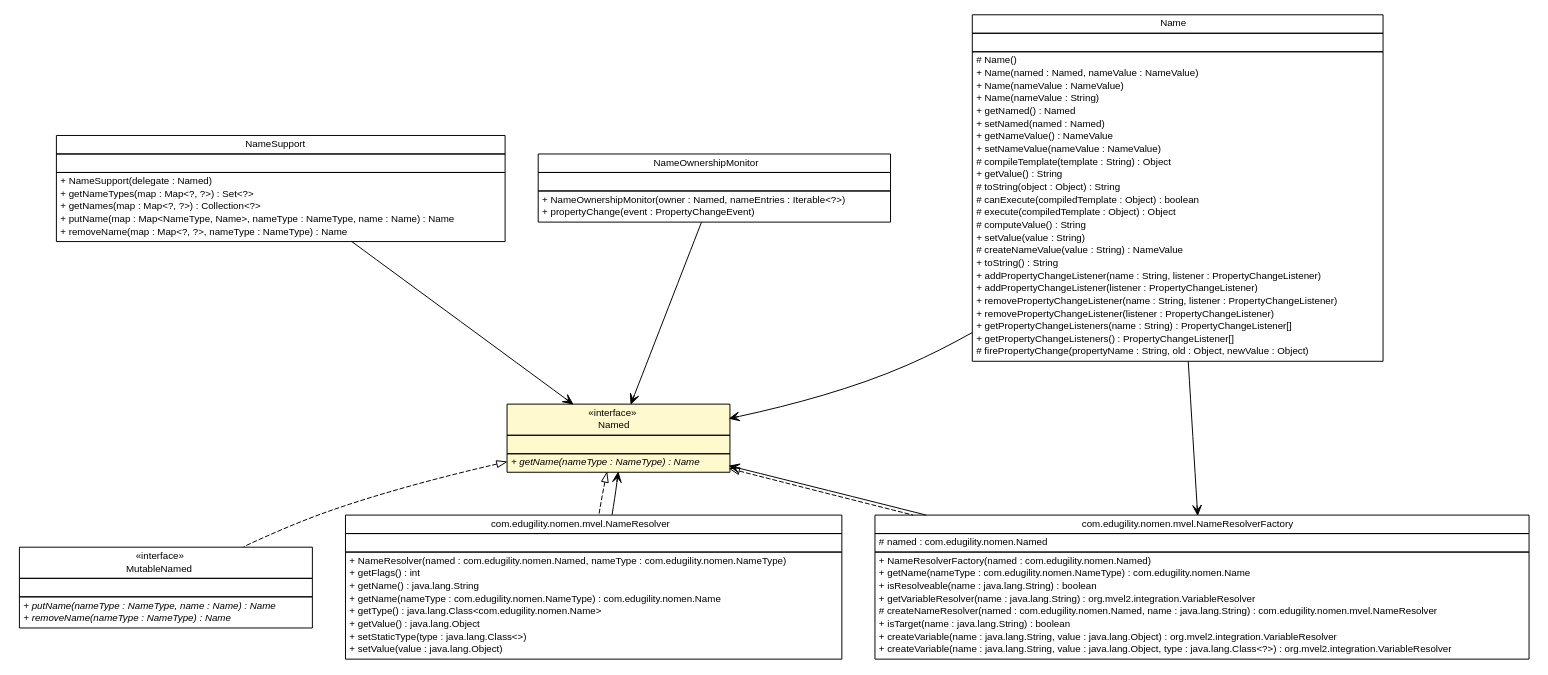
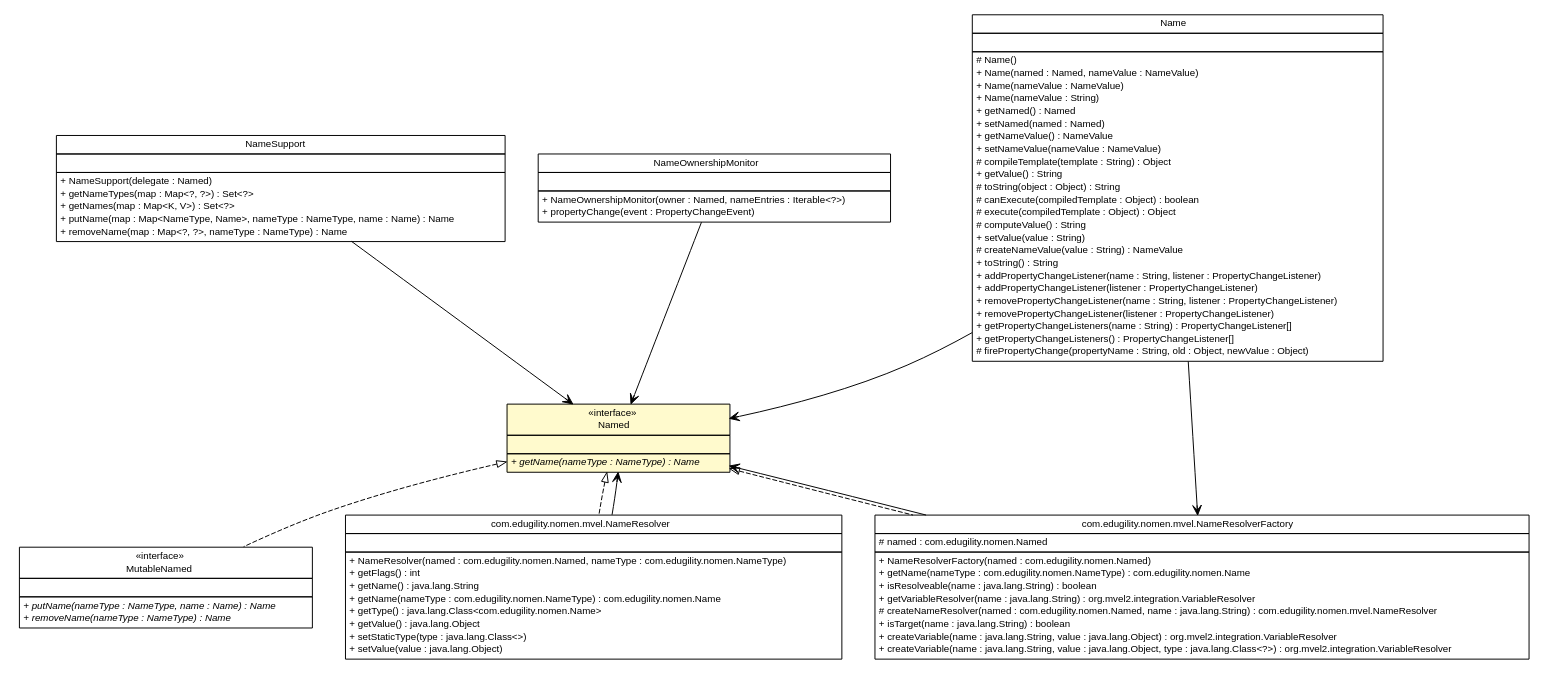
One commit to ljnelson/nomen changed the diagram in apidocs/com/edugility/nomen/Named.dot. Above: the diagram before and after it, drawn with Graphviz. The commit also changed 96 other files, not shown here.

```diff
--- a/apidocs/com/edugility/nomen/Named.dot
+++ b/apidocs/com/edugility/nomen/Named.dot
@@ -1,159 +1,159 @@
 #!/usr/local/bin/dot
 #
 # Class diagram 
 # Generated by UMLGraph version R5_6-24-gf6e263 (http://www.umlgraph.org/)
 #
 
 digraph G {
 	edge [fontname="Helvetica",fontsize=10,labelfontname="Helvetica",labelfontsize=10];
 	node [fontname="Helvetica",fontsize=10,shape=plaintext];
 	nodesep=0.25;
 	ranksep=0.5;
 	// com.edugility.nomen.NameSupport
 	c171 [label=<<table title="com.edugility.nomen.NameSupport" border="0" cellborder="1" cellspacing="0" cellpadding="2" port="p" href="./NameSupport.html">
 		<tr><td><table border="0" cellspacing="0" cellpadding="1">
 <tr><td align="center" balign="center"> NameSupport </td></tr>
 		</table></td></tr>
 		<tr><td><table border="0" cellspacing="0" cellpadding="1">
 <tr><td align="left" balign="left">  </td></tr>
 		</table></td></tr>
 		<tr><td><table border="0" cellspacing="0" cellpadding="1">
 <tr><td align="left" balign="left"> + NameSupport(delegate : Named) </td></tr>
 <tr><td align="left" balign="left"> + getNameTypes(map : Map&lt;?, ?&gt;) : Set&lt;?&gt; </td></tr>
-<tr><td align="left" balign="left"> + getNames(map : Map&lt;?, ?&gt;) : Collection&lt;?&gt; </td></tr>
+<tr><td align="left" balign="left"> + getNames(map : Map&lt;K, V&gt;) : Set&lt;?&gt; </td></tr>
 <tr><td align="left" balign="left"> + putName(map : Map&lt;NameType, Name&gt;, nameType : NameType, name : Name) : Name </td></tr>
 <tr><td align="left" balign="left"> + removeName(map : Map&lt;?, ?&gt;, nameType : NameType) : Name </td></tr>
 		</table></td></tr>
 		</table>>, URL="./NameSupport.html", fontname="Helvetica", fontcolor="black", fontsize=10.0];
 	// com.edugility.nomen.NameOwnershipMonitor
 	c172 [label=<<table title="com.edugility.nomen.NameOwnershipMonitor" border="0" cellborder="1" cellspacing="0" cellpadding="2" port="p" href="./NameOwnershipMonitor.html">
 		<tr><td><table border="0" cellspacing="0" cellpadding="1">
 <tr><td align="center" balign="center"> NameOwnershipMonitor </td></tr>
 		</table></td></tr>
 		<tr><td><table border="0" cellspacing="0" cellpadding="1">
 <tr><td align="left" balign="left">  </td></tr>
 		</table></td></tr>
 		<tr><td><table border="0" cellspacing="0" cellpadding="1">
 <tr><td align="left" balign="left"> + NameOwnershipMonitor(owner : Named, nameEntries : Iterable&lt;?&gt;) </td></tr>
 <tr><td align="left" balign="left"> + propertyChange(event : PropertyChangeEvent) </td></tr>
 		</table></td></tr>
 		</table>>, URL="./NameOwnershipMonitor.html", fontname="Helvetica", fontcolor="black", fontsize=10.0];
 	// com.edugility.nomen.Named
 	c173 [label=<<table title="com.edugility.nomen.Named" border="0" cellborder="1" cellspacing="0" cellpadding="2" port="p" bgcolor="lemonChiffon" href="./Named.html">
 		<tr><td><table border="0" cellspacing="0" cellpadding="1">
 <tr><td align="center" balign="center"> &#171;interface&#187; </td></tr>
 <tr><td align="center" balign="center"> Named </td></tr>
 		</table></td></tr>
 		<tr><td><table border="0" cellspacing="0" cellpadding="1">
 <tr><td align="left" balign="left">  </td></tr>
 		</table></td></tr>
 		<tr><td><table border="0" cellspacing="0" cellpadding="1">
 <tr><td align="left" balign="left"><font face="Helvetica-Oblique" point-size="10.0"> + getName(nameType : NameType) : Name </font></td></tr>
 		</table></td></tr>
 		</table>>, URL="./Named.html", fontname="Helvetica", fontcolor="black", fontsize=10.0];
 	// com.edugility.nomen.Name
 	c174 [label=<<table title="com.edugility.nomen.Name" border="0" cellborder="1" cellspacing="0" cellpadding="2" port="p" href="./Name.html">
 		<tr><td><table border="0" cellspacing="0" cellpadding="1">
 <tr><td align="center" balign="center"> Name </td></tr>
 		</table></td></tr>
 		<tr><td><table border="0" cellspacing="0" cellpadding="1">
 <tr><td align="left" balign="left">  </td></tr>
 		</table></td></tr>
 		<tr><td><table border="0" cellspacing="0" cellpadding="1">
 <tr><td align="left" balign="left"> # Name() </td></tr>
 <tr><td align="left" balign="left"> + Name(named : Named, nameValue : NameValue) </td></tr>
 <tr><td align="left" balign="left"> + Name(nameValue : NameValue) </td></tr>
 <tr><td align="left" balign="left"> + Name(nameValue : String) </td></tr>
 <tr><td align="left" balign="left"> + getNamed() : Named </td></tr>
 <tr><td align="left" balign="left"> + setNamed(named : Named) </td></tr>
 <tr><td align="left" balign="left"> + getNameValue() : NameValue </td></tr>
 <tr><td align="left" balign="left"> + setNameValue(nameValue : NameValue) </td></tr>
 <tr><td align="left" balign="left"> # compileTemplate(template : String) : Object </td></tr>
 <tr><td align="left" balign="left"> + getValue() : String </td></tr>
 <tr><td align="left" balign="left"> # toString(object : Object) : String </td></tr>
 <tr><td align="left" balign="left"> # canExecute(compiledTemplate : Object) : boolean </td></tr>
 <tr><td align="left" balign="left"> # execute(compiledTemplate : Object) : Object </td></tr>
 <tr><td align="left" balign="left"> # computeValue() : String </td></tr>
 <tr><td align="left" balign="left"> + setValue(value : String) </td></tr>
 <tr><td align="left" balign="left"> # createNameValue(value : String) : NameValue </td></tr>
 <tr><td align="left" balign="left"> + toString() : String </td></tr>
 <tr><td align="left" balign="left"> + addPropertyChangeListener(name : String, listener : PropertyChangeListener) </td></tr>
 <tr><td align="left" balign="left"> + addPropertyChangeListener(listener : PropertyChangeListener) </td></tr>
 <tr><td align="left" balign="left"> + removePropertyChangeListener(name : String, listener : PropertyChangeListener) </td></tr>
 <tr><td align="left" balign="left"> + removePropertyChangeListener(listener : PropertyChangeListener) </td></tr>
 <tr><td align="left" balign="left"> + getPropertyChangeListeners(name : String) : PropertyChangeListener[] </td></tr>
 <tr><td align="left" balign="left"> + getPropertyChangeListeners() : PropertyChangeListener[] </td></tr>
 <tr><td align="left" balign="left"> # firePropertyChange(propertyName : String, old : Object, newValue : Object) </td></tr>
 		</table></td></tr>
 		</table>>, URL="./Name.html", fontname="Helvetica", fontcolor="black", fontsize=10.0];
 	// com.edugility.nomen.MutableNamed
 	c175 [label=<<table title="com.edugility.nomen.MutableNamed" border="0" cellborder="1" cellspacing="0" cellpadding="2" port="p" href="./MutableNamed.html">
 		<tr><td><table border="0" cellspacing="0" cellpadding="1">
 <tr><td align="center" balign="center"> &#171;interface&#187; </td></tr>
 <tr><td align="center" balign="center"> MutableNamed </td></tr>
 		</table></td></tr>
 		<tr><td><table border="0" cellspacing="0" cellpadding="1">
 <tr><td align="left" balign="left">  </td></tr>
 		</table></td></tr>
 		<tr><td><table border="0" cellspacing="0" cellpadding="1">
 <tr><td align="left" balign="left"><font face="Helvetica-Oblique" point-size="10.0"> + putName(nameType : NameType, name : Name) : Name </font></td></tr>
 <tr><td align="left" balign="left"><font face="Helvetica-Oblique" point-size="10.0"> + removeName(nameType : NameType) : Name </font></td></tr>
 		</table></td></tr>
 		</table>>, URL="./MutableNamed.html", fontname="Helvetica", fontcolor="black", fontsize=10.0];
 	// com.edugility.nomen.mvel.NameResolverFactory
 	c178 [label=<<table title="com.edugility.nomen.mvel.NameResolverFactory" border="0" cellborder="1" cellspacing="0" cellpadding="2" port="p" href="./mvel/NameResolverFactory.html">
 		<tr><td><table border="0" cellspacing="0" cellpadding="1">
 <tr><td align="center" balign="center"> com.edugility.nomen.mvel.NameResolverFactory </td></tr>
 		</table></td></tr>
 		<tr><td><table border="0" cellspacing="0" cellpadding="1">
 <tr><td align="left" balign="left"> # named : com.edugility.nomen.Named </td></tr>
 		</table></td></tr>
 		<tr><td><table border="0" cellspacing="0" cellpadding="1">
 <tr><td align="left" balign="left"> + NameResolverFactory(named : com.edugility.nomen.Named) </td></tr>
 <tr><td align="left" balign="left"> + getName(nameType : com.edugility.nomen.NameType) : com.edugility.nomen.Name </td></tr>
 <tr><td align="left" balign="left"> + isResolveable(name : java.lang.String) : boolean </td></tr>
 <tr><td align="left" balign="left"> + getVariableResolver(name : java.lang.String) : org.mvel2.integration.VariableResolver </td></tr>
 <tr><td align="left" balign="left"> # createNameResolver(named : com.edugility.nomen.Named, name : java.lang.String) : com.edugility.nomen.mvel.NameResolver </td></tr>
 <tr><td align="left" balign="left"> + isTarget(name : java.lang.String) : boolean </td></tr>
 <tr><td align="left" balign="left"> + createVariable(name : java.lang.String, value : java.lang.Object) : org.mvel2.integration.VariableResolver </td></tr>
 <tr><td align="left" balign="left"> + createVariable(name : java.lang.String, value : java.lang.Object, type : java.lang.Class&lt;?&gt;) : org.mvel2.integration.VariableResolver </td></tr>
 		</table></td></tr>
 		</table>>, URL="./mvel/NameResolverFactory.html", fontname="Helvetica", fontcolor="black", fontsize=10.0];
 	// com.edugility.nomen.mvel.NameResolver
 	c179 [label=<<table title="com.edugility.nomen.mvel.NameResolver" border="0" cellborder="1" cellspacing="0" cellpadding="2" port="p" href="./mvel/NameResolver.html">
 		<tr><td><table border="0" cellspacing="0" cellpadding="1">
 <tr><td align="center" balign="center"> com.edugility.nomen.mvel.NameResolver </td></tr>
 		</table></td></tr>
 		<tr><td><table border="0" cellspacing="0" cellpadding="1">
 <tr><td align="left" balign="left">  </td></tr>
 		</table></td></tr>
 		<tr><td><table border="0" cellspacing="0" cellpadding="1">
 <tr><td align="left" balign="left"> + NameResolver(named : com.edugility.nomen.Named, nameType : com.edugility.nomen.NameType) </td></tr>
 <tr><td align="left" balign="left"> + getFlags() : int </td></tr>
 <tr><td align="left" balign="left"> + getName() : java.lang.String </td></tr>
 <tr><td align="left" balign="left"> + getName(nameType : com.edugility.nomen.NameType) : com.edugility.nomen.Name </td></tr>
 <tr><td align="left" balign="left"> + getType() : java.lang.Class&lt;com.edugility.nomen.Name&gt; </td></tr>
 <tr><td align="left" balign="left"> + getValue() : java.lang.Object </td></tr>
 <tr><td align="left" balign="left"> + setStaticType(type : java.lang.Class&lt;&gt;) </td></tr>
 <tr><td align="left" balign="left"> + setValue(value : java.lang.Object) </td></tr>
 		</table></td></tr>
 		</table>>, URL="./mvel/NameResolver.html", fontname="Helvetica", fontcolor="black", fontsize=10.0];
 	//com.edugility.nomen.MutableNamed implements com.edugility.nomen.Named
 	c173:p -> c175:p [dir=back,arrowtail=empty,style=dashed];
 	//com.edugility.nomen.mvel.NameResolverFactory implements com.edugility.nomen.Named
 	c173:p -> c178:p [dir=back,arrowtail=empty,style=dashed];
 	//com.edugility.nomen.mvel.NameResolver implements com.edugility.nomen.Named
 	c173:p -> c179:p [dir=back,arrowtail=empty,style=dashed];
 	// com.edugility.nomen.NameSupport NAVASSOC com.edugility.nomen.Named
 	c171:p -> c173:p [taillabel="", label="", headlabel="", fontname="Helvetica", fontcolor="black", fontsize=10.0, color="black", arrowhead=open];
 	// com.edugility.nomen.NameOwnershipMonitor NAVASSOC com.edugility.nomen.Named
 	c172:p -> c173:p [taillabel="", label="", headlabel="", fontname="Helvetica", fontcolor="black", fontsize=10.0, color="black", arrowhead=open];
 	// com.edugility.nomen.Name NAVASSOC com.edugility.nomen.Named
 	c174:p -> c173:p [taillabel="", label="", headlabel="", fontname="Helvetica", fontcolor="black", fontsize=10.0, color="black", arrowhead=open];
 	// com.edugility.nomen.Name NAVASSOC com.edugility.nomen.mvel.NameResolverFactory
 	c174:p -> c178:p [taillabel="", label="", headlabel="", fontname="Helvetica", fontcolor="black", fontsize=10.0, color="black", arrowhead=open];
 	// com.edugility.nomen.mvel.NameResolverFactory NAVASSOC com.edugility.nomen.Named
 	c178:p -> c173:p [taillabel="", label="", headlabel="", fontname="Helvetica", fontcolor="black", fontsize=10.0, color="black", arrowhead=open];
 	// com.edugility.nomen.mvel.NameResolver NAVASSOC com.edugility.nomen.Named
 	c179:p -> c173:p [taillabel="", label="", headlabel="", fontname="Helvetica", fontcolor="black", fontsize=10.0, color="black", arrowhead=open];
 }
```
